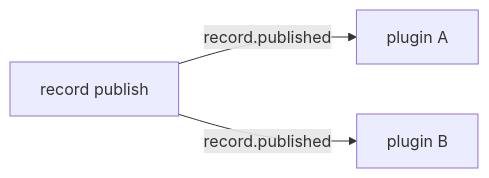
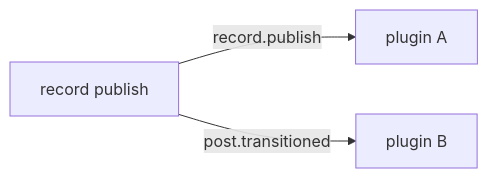
The ninth of 19 diagrams in docs/map.md (publr-org/publr), drawn with Mermaid before and after one commit. The commit also changed other lines of this file and 34 other files, not shown here.

Commit message:
Docs: SDK, CLI for operations, jobs and mods, REST, schema; old upgrade fixtures dropped

````diff
--- a/docs/map.md
+++ b/docs/map.md
@@ -118,5 +118,5 @@
 ```mermaid
 flowchart LR
-    O[record publish] -->|record.published| L1[plugin A]
-    O -->|record.published| L2[plugin B]
+    O[record publish] -->|record.publish| L1[plugin A]
+    O -->|post.transitioned| L2[plugin B]
 ```
````
